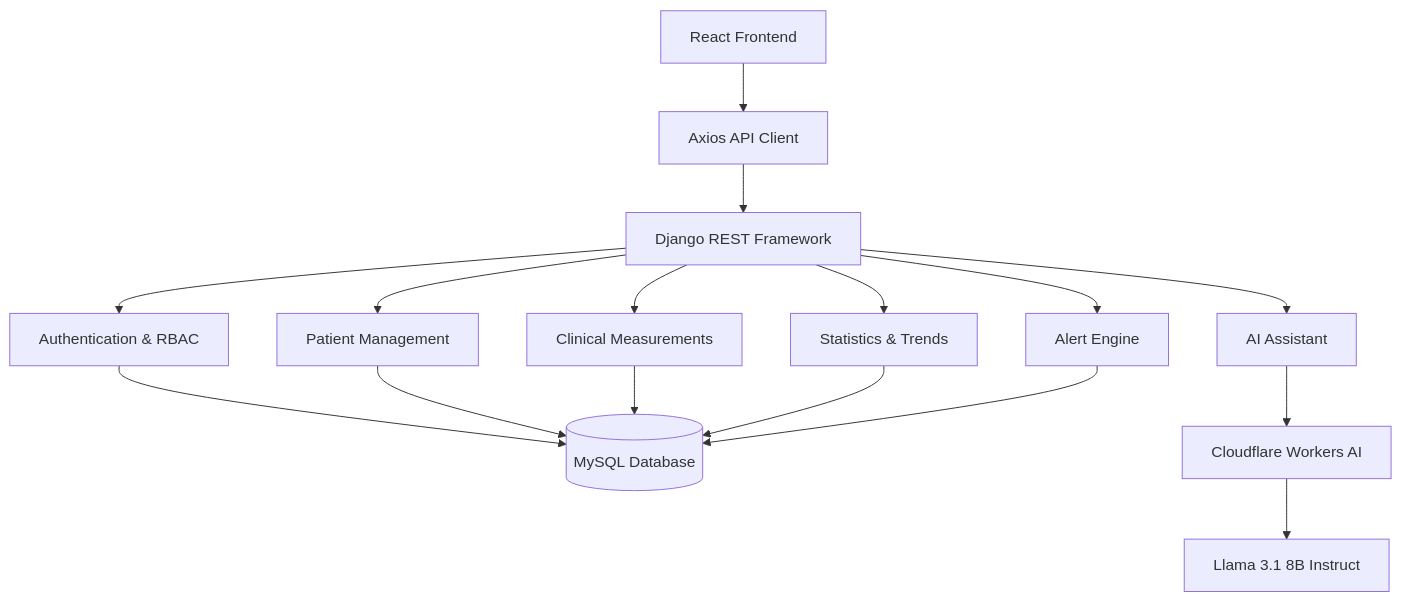
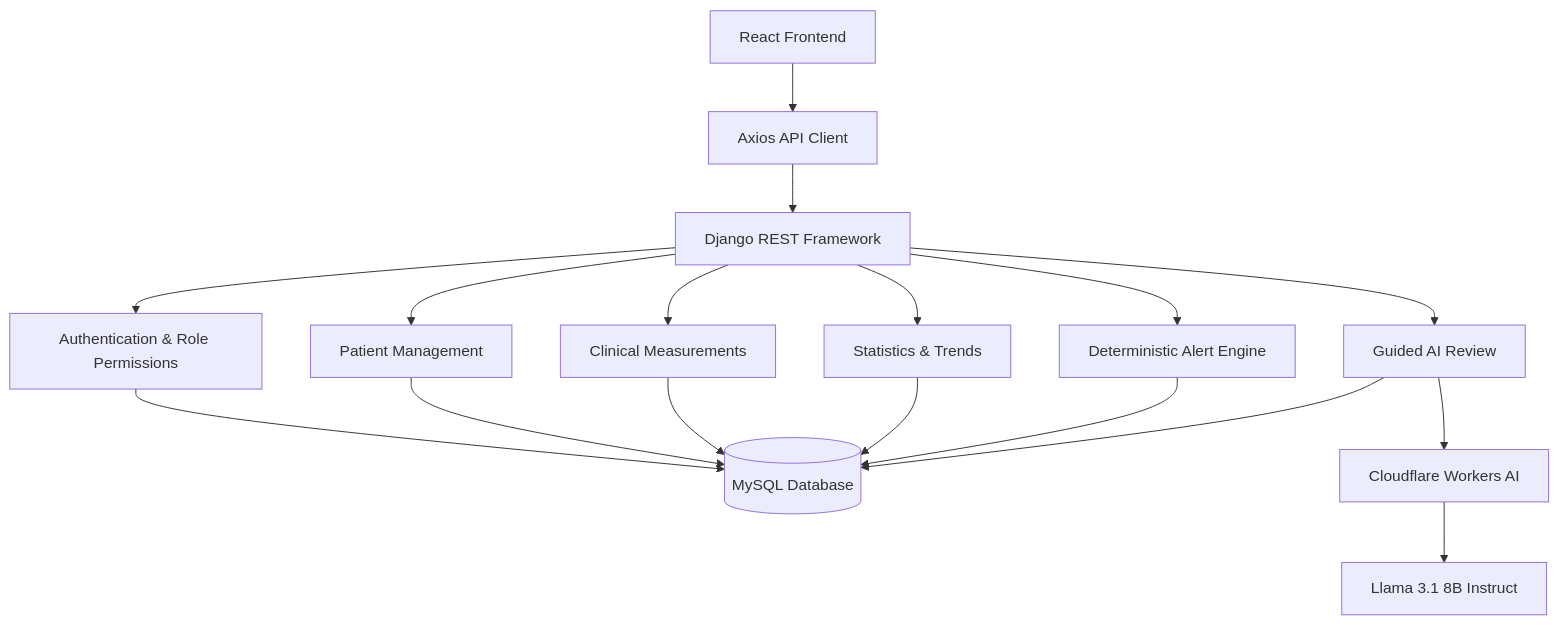
Before and after one commit to Tiyasha16/Clinexa: the first of 2 diagrams in README.md, drawn with Mermaid. The commit also changed other lines of this file, not shown here.

````diff
--- a/README.md
+++ b/README.md
@@ -85,21 +81,22 @@
 ```mermaid
 flowchart TD
     A["React Frontend"] --> B["Axios API Client"]
     B --> C["Django REST Framework"]
 
-    C --> D["Authentication & RBAC"]
+    C --> D["Authentication & Role Permissions"]
     C --> E["Patient Management"]
     C --> F["Clinical Measurements"]
     C --> G["Statistics & Trends"]
-    C --> H["Alert Engine"]
-    C --> I["AI Assistant"]
+    C --> H["Deterministic Alert Engine"]
+    C --> I["Guided AI Review"]
 
     D --> J[("MySQL Database")]
     E --> J
     F --> J
     G --> J
     H --> J
+    I --> J
 
     I --> K["Cloudflare Workers AI"]
     K --> L["Llama 3.1 8B Instruct"]
 ```
````
